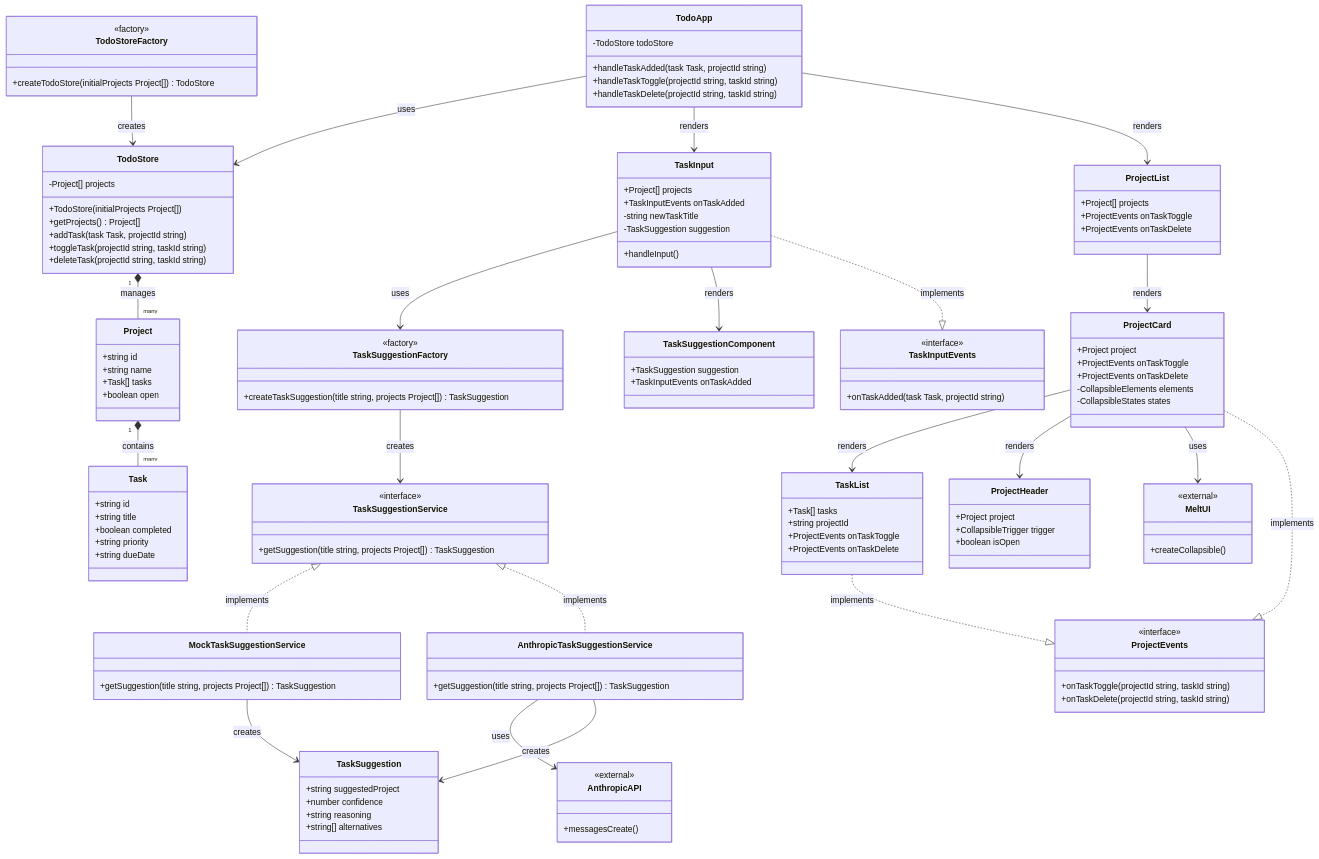
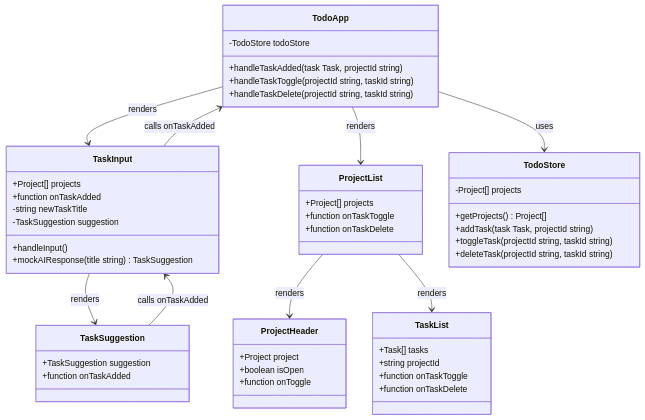
The first of 3 diagrams in docs/architecture.md (m1981/clippio), drawn with Mermaid before and after one commit. The commit also changed other lines of this file and 13 other files, not shown here.

````diff
--- a/docs/architecture.md
+++ b/docs/architecture.md
@@ -17,64 +39,6 @@
 ```mermaid
 classDiagram
-    %% Types/Interfaces
-    class Task {
-        +string id
-        +string title
-        +boolean completed
-        +string priority
-        +string dueDate
-    }
-
-    class Project {
-        +string id
-        +string name
-        +Task[] tasks
-        +boolean open
-    }
-
-    class TaskSuggestion {
-        +string suggestedProject
-        +number confidence
-        +string reasoning
-        +string[] alternatives
-    }
-
-    class TaskInputEvents {
-        <<interface>>
-        +onTaskAdded(task Task, projectId string)
-    }
-
-    class ProjectEvents {
-        <<interface>>
-        +onTaskToggle(projectId string, taskId string)
-        +onTaskDelete(projectId string, taskId string)
-    }
-
-    %% Service Layer
-    class TaskSuggestionService {
-        <<interface>>
-        +getSuggestion(title string, projects Project[]) TaskSuggestion
-    }
-
-    class MockTaskSuggestionService {
-        +getSuggestion(title string, projects Project[]) TaskSuggestion
-    }
-
-    class AnthropicTaskSuggestionService {
-        +getSuggestion(title string, projects Project[]) TaskSuggestion
-    }
-
-    %% Store Layer
-    class TodoStore {
-        -Project[] projects
-        +TodoStore(initialProjects Project[])
-        +getProjects() Project[]
-        +addTask(task Task, projectId string)
-        +toggleTask(projectId string, taskId string)
-        +deleteTask(projectId string, taskId string)
-    }
-
-    %% Component Layer
+    %% Current Implementation
     class TodoApp {
         -TodoStore todoStore
         +handleTaskAdded(task Task, projectId string)
@@ -84,93 +48,55 @@
 
     class TaskInput {
         +Project[] projects
-        +TaskInputEvents onTaskAdded
+        +function onTaskAdded
         -string newTaskTitle
         -TaskSuggestion suggestion
         +handleInput()
+        +mockAIResponse(title string) TaskSuggestion
     }
 
     class ProjectList {
         +Project[] projects
-        +ProjectEvents onTaskToggle
-        +ProjectEvents onTaskDelete
+        +function onTaskToggle
+        +function onTaskDelete
     }
 
-    class ProjectCard {
+    class ProjectHeader {
         +Project project
-        +ProjectEvents onTaskToggle
-        +ProjectEvents onTaskDelete
-        -CollapsibleElements elements
-        -CollapsibleStates states
+        +boolean isOpen
+        +function onToggle
     }
 
     class TaskList {
         +Task[] tasks
         +string projectId
-        +ProjectEvents onTaskToggle
-        +ProjectEvents onTaskDelete
+        +function onTaskToggle
+        +function onTaskDelete
     }
 
-    class ProjectHeader {
-        +Project project
-        +CollapsibleTrigger trigger
-        +boolean isOpen
+    class TaskSuggestion {
+        +TaskSuggestion suggestion
+        +function onTaskAdded
     }
 
-    class TaskSuggestionComponent {
-        +TaskSuggestion suggestion
-        +TaskInputEvents onTaskAdded
-    }
-
-    %% Factory Functions
-    class TaskSuggestionFactory {
-        <<factory>>
-        +createTaskSuggestion(title string, projects Project[]) TaskSuggestion
-    }
-
-    class TodoStoreFactory {
-        <<factory>>
-        +createTodoStore(initialProjects Project[]) TodoStore
-    }
-
-    %% External Dependencies
-    class MeltUI {
-        <<external>>
-        +createCollapsible()
-    }
-
-    class AnthropicAPI {
-        <<external>>
-        +messagesCreate()
+    class TodoStore {
+        -Project[] projects
+        +getProjects() Project[]
+        +addTask(task Task, projectId string)
+        +toggleTask(projectId string, taskId string)
+        +deleteTask(projectId string, taskId string)
     }
 
     %% Relationships
-    Project "1" *-- "many" Task : contains
-    TodoStore "1" *-- "many" Project : manages
-    
-    TaskSuggestionService <|.. MockTaskSuggestionService : implements
-    TaskSuggestionService <|.. AnthropicTaskSuggestionService : implements
-    
     TodoApp --> TodoStore : uses
     TodoApp --> TaskInput : renders
     TodoApp --> ProjectList : renders
     
-    TaskInput --> TaskSuggestionFactory : uses
-    TaskInput --> TaskSuggestionComponent : renders
-    TaskInput ..|> TaskInputEvents : implements
+    TaskInput --> TaskSuggestion : renders
+    TaskInput --> TodoApp : calls onTaskAdded
     
-    ProjectList --> ProjectCard : renders
-    ProjectCard --> TaskList : renders
-    ProjectCard --> ProjectHeader : renders
-    ProjectCard --> MeltUI : uses
-    ProjectCard ..|> ProjectEvents : implements
+    ProjectList --> ProjectHeader : renders
+    ProjectList --> TaskList : renders
     
-    TaskList ..|> ProjectEvents : implements
-    
-    MockTaskSuggestionService --> TaskSuggestion : creates
-    AnthropicTaskSuggestionService --> AnthropicAPI : uses
-    AnthropicTaskSuggestionService --> TaskSuggestion : creates
-    
-    TaskSuggestionFactory --> TaskSuggestionService : creates
-    TodoStoreFactory --> TodoStore : creates
+    TaskSuggestion --> TaskInput : calls onTaskAdded
 ```
````
